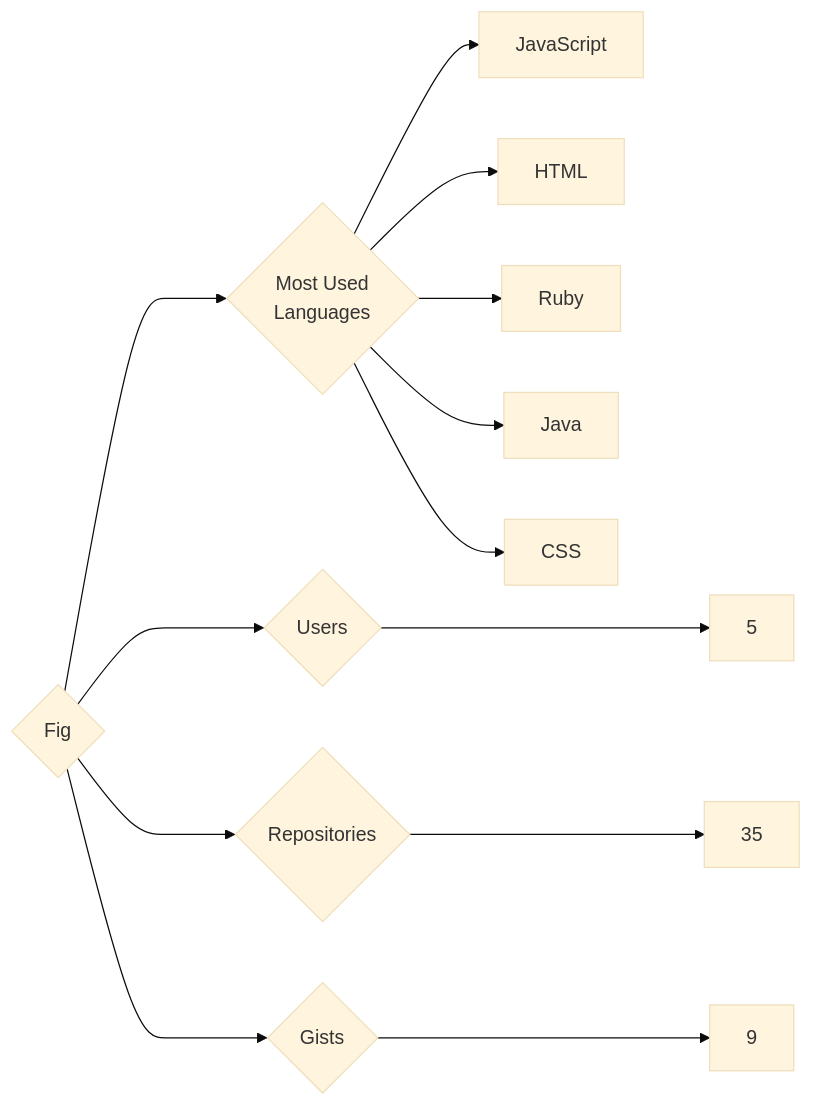
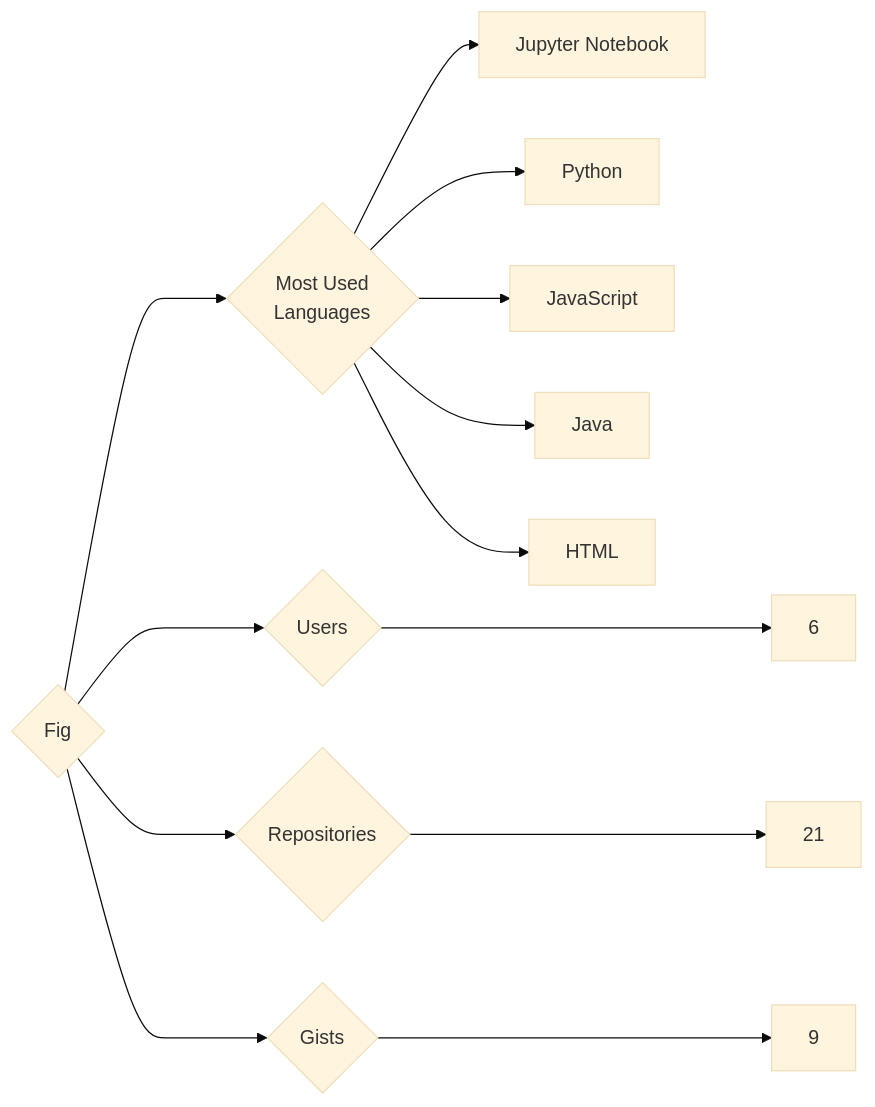
One commit to trickest/insiders changed the diagram in targets/Fig/README.md. Above: the diagram before and after it, drawn with Mermaid (base theme). The commit also changed 776 other files, not shown here.

````diff
--- a/targets/Fig/README.md
+++ b/targets/Fig/README.md
@@ -3,13 +3,13 @@
 ```mermaid
 graph LR
 COMPANY_NAME{Fig}
-COMPANY_NAME ---> U{Users} ---> UN[5]
-COMPANY_NAME ---> R{Repositories} ---> RN[35]
+COMPANY_NAME ---> U{Users} ---> UN[6]
+COMPANY_NAME ---> R{Repositories} ---> RN[21]
 COMPANY_NAME ---> G{Gists} ---> GN[9]
 COMPANY_NAME ---> ML{Most Used<br>Languages}
+ML --> Jupyter_Notebook[Jupyter Notebook]
+ML --> Python[Python]
 ML --> JavaScript[JavaScript]
+ML --> Java[Java]
 ML --> HTML[HTML]
-ML --> Ruby[Ruby]
-ML --> Java[Java]
-ML --> CSS[CSS]
 ```
````
